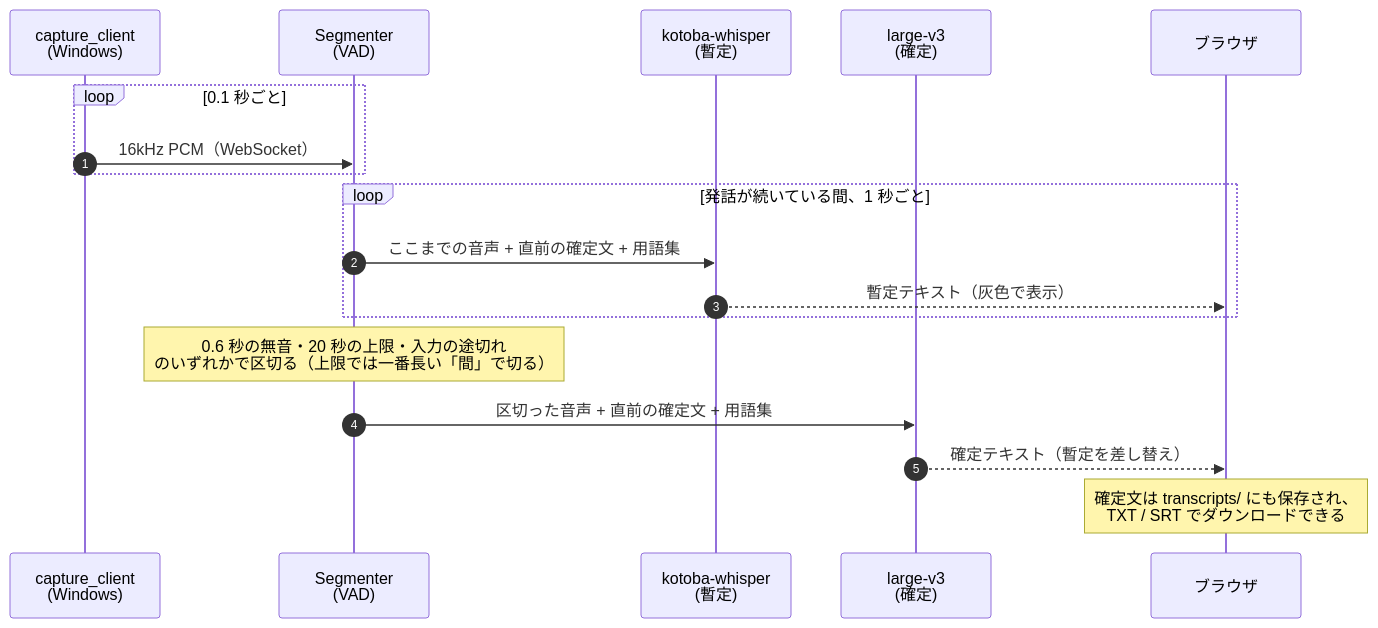
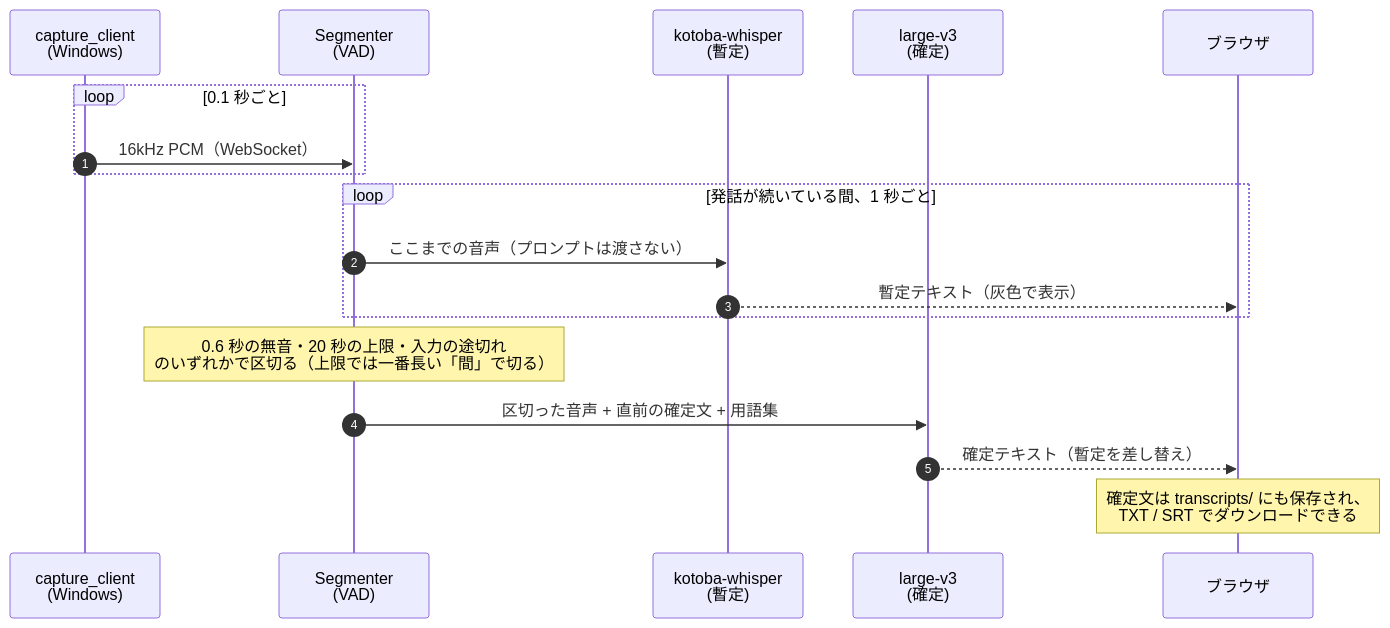
One commit to thetasnufkin/realtime-transcriber changed the fourth of 4 diagrams in docs/architecture.md. Above: the diagram before and after it, drawn with Mermaid. The commit also changed other lines of this file and 1 other file, not shown here.

First line of the commit message:
構成図と CLAUDE.md を評価後の実装に合わせる（WSOLA は既定で使わない・kotoba にプロンプトを渡さない）

````diff
--- a/docs/architecture.md
+++ b/docs/architecture.md
@@ -146,21 +147,21 @@
 ```mermaid
 sequenceDiagram
     autonumber
     participant C as capture_client<br/>(Windows)
     participant S as Segmenter<br/>(VAD)
     participant K as kotoba-whisper<br/>(暫定)
     participant L as large-v3<br/>(確定)
     participant V as ブラウザ
 
     loop 0.1 秒ごと
         C->>S: 16kHz PCM（WebSocket）
     end
     loop 発話が続いている間、1 秒ごと
-        S->>K: ここまでの音声 + 直前の確定文 + 用語集
+        S->>K: ここまでの音声（プロンプトは渡さない）
         K-->>V: 暫定テキスト（灰色で表示）
     end
     Note over S: 0.6 秒の無音・20 秒の上限・入力の途切れ<br/>のいずれかで区切る（上限では一番長い「間」で切る）
     S->>L: 区切った音声 + 直前の確定文 + 用語集
     L-->>V: 確定テキスト（暫定を差し替え）
     Note over V: 確定文は transcripts/ にも保存され、<br/>TXT / SRT でダウンロードできる
 ```
````
